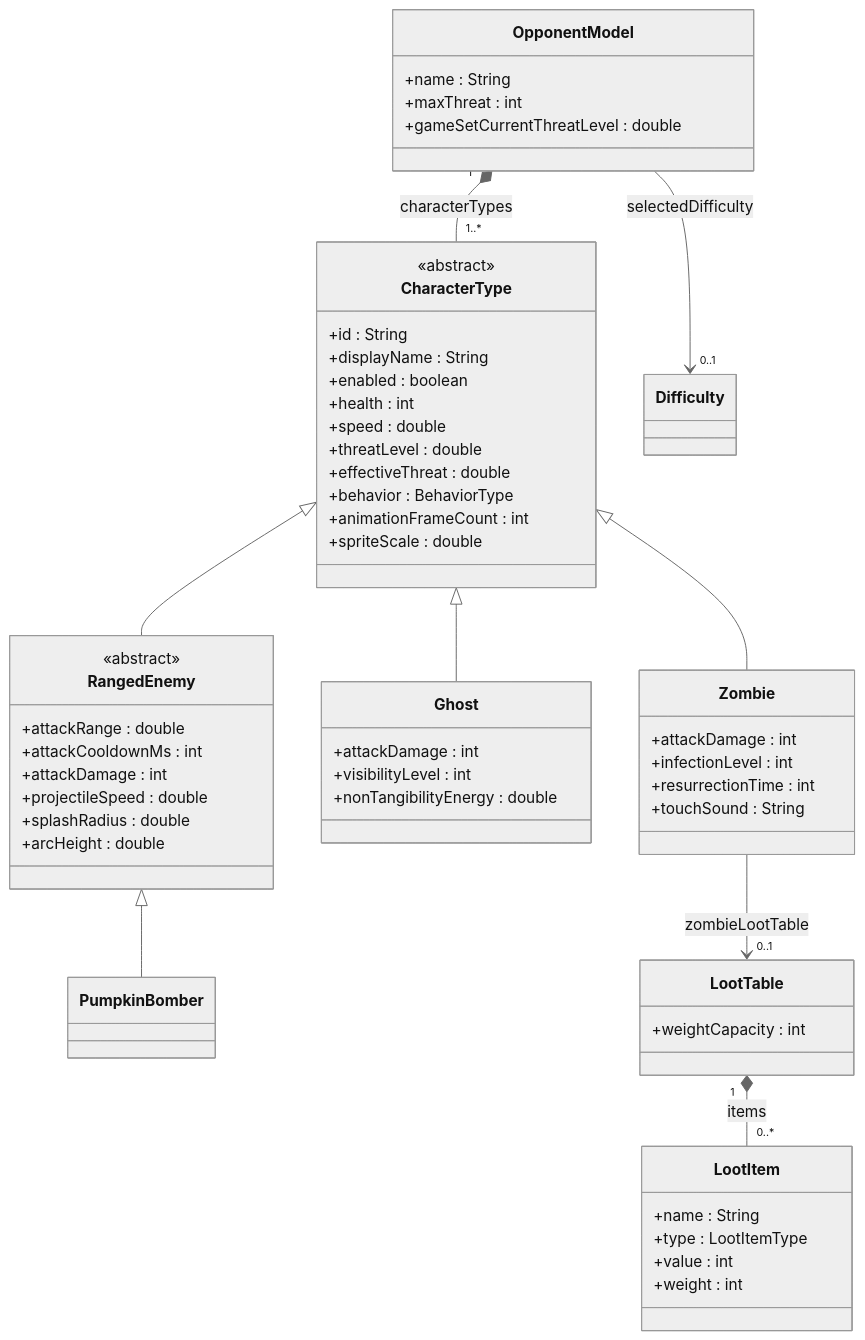
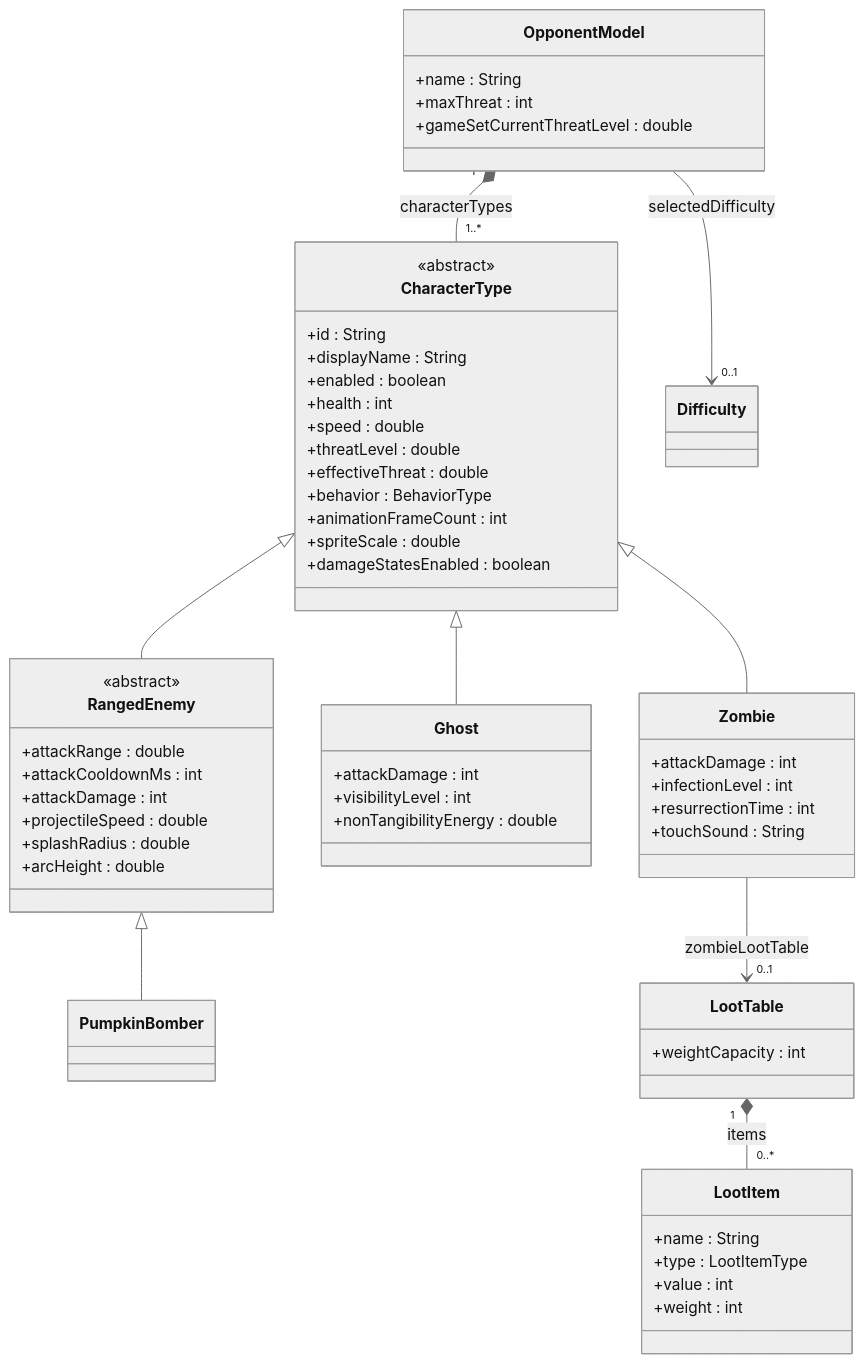
The second of 2 diagrams in main.game.maze.opponents/readme.md (itnifl/MazeGame), drawn with Mermaid (neutral theme) before and after one commit. The commit also changed other lines of this file and 8 other files, not shown here.

Commit message:
feat(F80-2): add damageStatesEnabled to opponents.ecore and regenerate EMF code (fixes #137) (#159)

````diff
--- a/main.game.maze.opponents/readme.md
+++ b/main.game.maze.opponents/readme.md
@@ -155,66 +156,67 @@
 ```mermaid
 classDiagram
   class OpponentModel {
     +name : String
     +maxThreat : int
     +gameSetCurrentThreatLevel : double
   }
 
   class CharacterType {
     <<abstract>>
     +id : String
     +displayName : String
     +enabled : boolean
     +health : int
     +speed : double
     +threatLevel : double
     +effectiveThreat : double
     +behavior : BehaviorType
     +animationFrameCount : int
     +spriteScale : double
+    +damageStatesEnabled : boolean
   }
 
   class Zombie {
     +attackDamage : int
     +infectionLevel : int
     +resurrectionTime : int
     +touchSound : String
   }
 
   class Ghost {
     +attackDamage : int
     +visibilityLevel : int
     +nonTangibilityEnergy : double
   }
 
   class RangedEnemy {
     <<abstract>>
     +attackRange : double
     +attackCooldownMs : int
     +attackDamage : int
     +projectileSpeed : double
     +splashRadius : double
     +arcHeight : double
   }
 
   class PumpkinBomber
   class LootTable {
     +weightCapacity : int
   }
   class LootItem {
     +name : String
     +type : LootItemType
     +value : int
     +weight : int
   }
   class Difficulty
 
   OpponentModel "1" *-- "1..*" CharacterType : characterTypes
   OpponentModel --> "0..1" Difficulty : selectedDifficulty
   CharacterType <|-- Zombie
   CharacterType <|-- Ghost
   CharacterType <|-- RangedEnemy
   RangedEnemy <|-- PumpkinBomber
   Zombie --> "0..1" LootTable : zombieLootTable
   LootTable "1" *-- "0..*" LootItem : items
 ```
````
